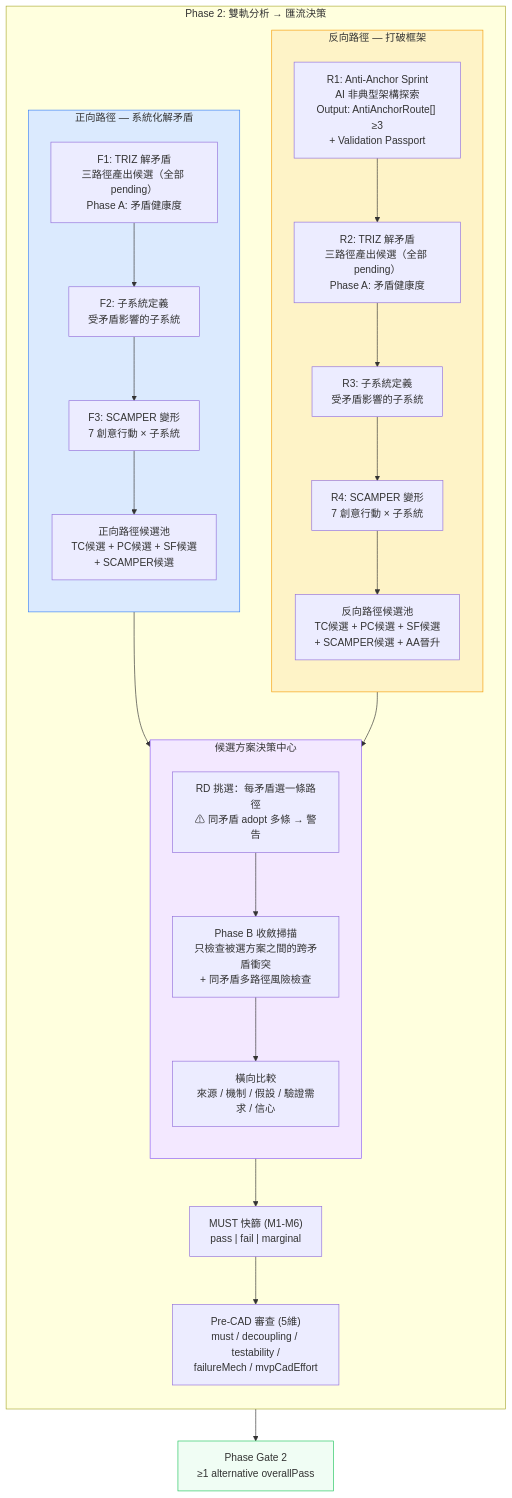
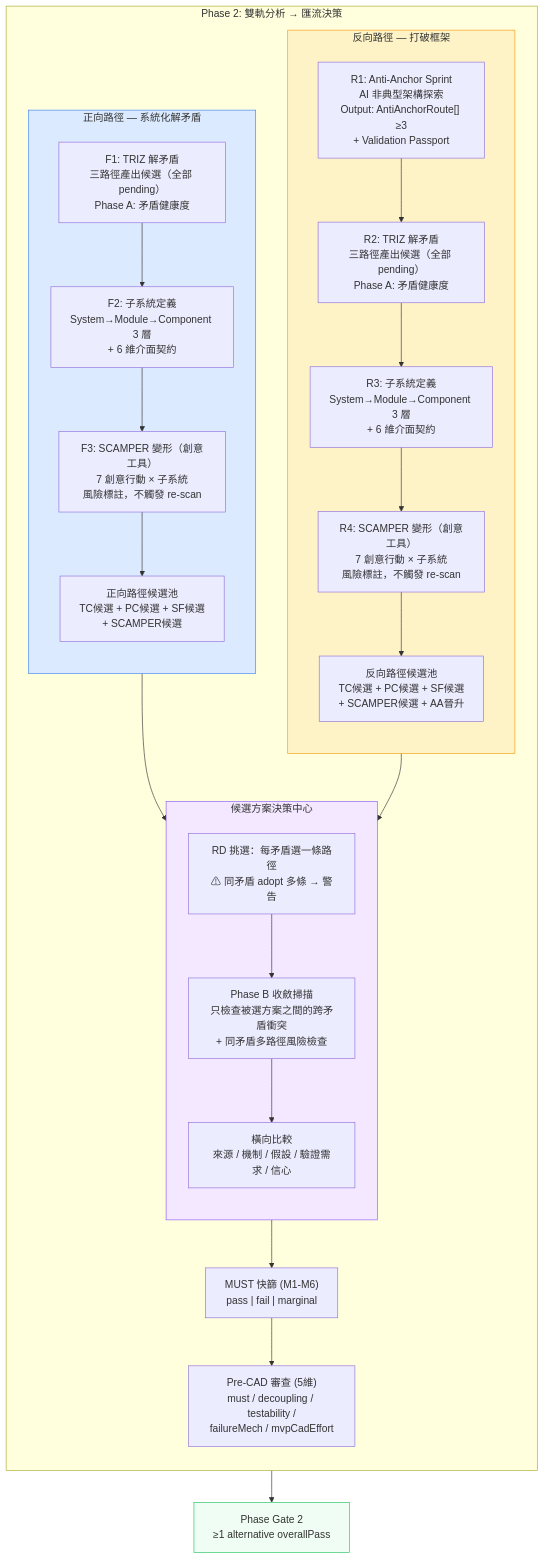
One commit to JIA-HONG-CHU/design-copilot-blueprint changed the first of 6 diagrams in docs/diagrams/triz-to-scamper-flow.md. Above: the diagram before and after it, drawn with Mermaid. The commit also changed other lines of this file and 2 other files, not shown here.

````diff
--- a/docs/diagrams/triz-to-scamper-flow.md
+++ b/docs/diagrams/triz-to-scamper-flow.md
@@ -42,48 +41,48 @@
 ```mermaid
 flowchart TB
     subgraph Phase2["Phase 2: 雙軌分析 → 匯流決策"]
         direction TB
 
         subgraph REVERSE["反向路徑 — 打破框架"]
             direction TB
             R1["R1: Anti-Anchor Sprint<br/>AI 非典型架構探索<br/>Output: AntiAnchorRoute[] ≥3<br/>+ Validation Passport"]
             R2["R2: TRIZ 解矛盾<br/>三路徑產出候選（全部 pending）<br/>Phase A: 矛盾健康度"]
-            R3["R3: 子系統定義<br/>受矛盾影響的子系統"]
-            R4["R4: SCAMPER 變形<br/>7 創意行動 × 子系統"]
+            R3["R3: 子系統定義<br/>System→Module→Component 3 層<br/>+ 6 維介面契約"]
+            R4["R4: SCAMPER 變形（創意工具）<br/>7 創意行動 × 子系統<br/>風險標註，不觸發 re-scan"]
             RP["反向路徑候選池<br/>TC候選 + PC候選 + SF候選<br/>+ SCAMPER候選 + AA晉升"]
             R1 --> R2 --> R3 --> R4 --> RP
         end
 
         subgraph FORWARD["正向路徑 — 系統化解矛盾"]
             direction TB
             F1["F1: TRIZ 解矛盾<br/>三路徑產出候選（全部 pending）<br/>Phase A: 矛盾健康度"]
-            F2["F2: 子系統定義<br/>受矛盾影響的子系統"]
-            F3["F3: SCAMPER 變形<br/>7 創意行動 × 子系統"]
+            F2["F2: 子系統定義<br/>System→Module→Component 3 層<br/>+ 6 維介面契約"]
+            F3["F3: SCAMPER 變形（創意工具）<br/>7 創意行動 × 子系統<br/>風險標註，不觸發 re-scan"]
             FP["正向路徑候選池<br/>TC候選 + PC候選 + SF候選<br/>+ SCAMPER候選"]
             F1 --> F2 --> F3 --> FP
         end
 
         subgraph HUB["候選方案決策中心"]
             direction TB
             SELECT["RD 挑選：每矛盾選一條路徑<br/>⚠ 同矛盾 adopt 多條 → 警告"]
             PHASE_B["Phase B 收斂掃描<br/>只檢查被選方案之間的跨矛盾衝突<br/>+ 同矛盾多路徑風險檢查"]
             COMPARE["橫向比較<br/>來源 / 機制 / 假設 / 驗證需求 / 信心"]
             SELECT --> PHASE_B --> COMPARE
         end
 
         RP --> SELECT
         FP --> SELECT
 
         MUST["MUST 快篩 (M1-M6)<br/>pass | fail | marginal"]
         PRECAD["Pre-CAD 審查 (5維)<br/>must / decoupling / testability /<br/>failureMech / mvpCadEffort"]
         COMPARE --> MUST --> PRECAD
     end
 
     GATE["Phase Gate 2<br/>≥1 alternative overallPass"]
     PRECAD --> GATE
 
     style REVERSE fill:#FEF3C7,stroke:#F59E0B
     style FORWARD fill:#DBEAFE,stroke:#3B82F6
     style HUB fill:#F3E8FF,stroke:#8B5CF6
     style GATE fill:#F0FDF4,stroke:#22C55E
 ```
````
